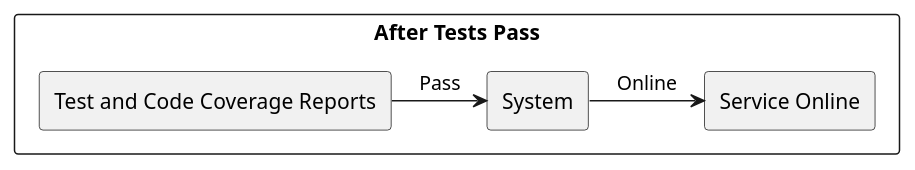
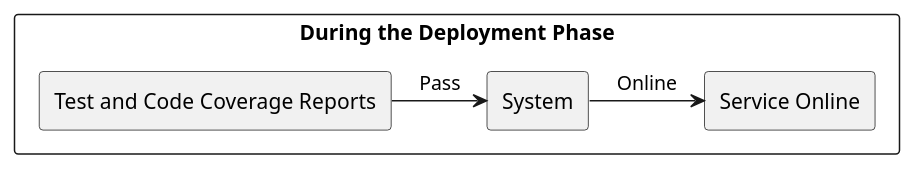
Before and after one commit to USI-MSDE-SA-2023/sa--edoriggio: the third of 11 diagrams in src/sa/model/index.md, drawn with PlantUML. The commit also changed other lines of this file, not shown here.

````diff
--- a/src/sa/model/index.md
+++ b/src/sa/model/index.md
@@ -166,20 +167,20 @@
 ```puml
 @startuml
 
 skinparam componentStyle rectangle
 skinparam monochrome true
 skinparam shadowing false
 
-rectangle "After Tests Pass" {
+rectangle "During the Deployment Phase" {
 
 rectangle "Test and Code Coverage Reports" as Source
 rectangle "Service Online" as Measure
 
 Source -> [System] : "Pass"
 
 [System] -> [Measure] : "Online"
 
 }
 
 @enduml
 ```
````
